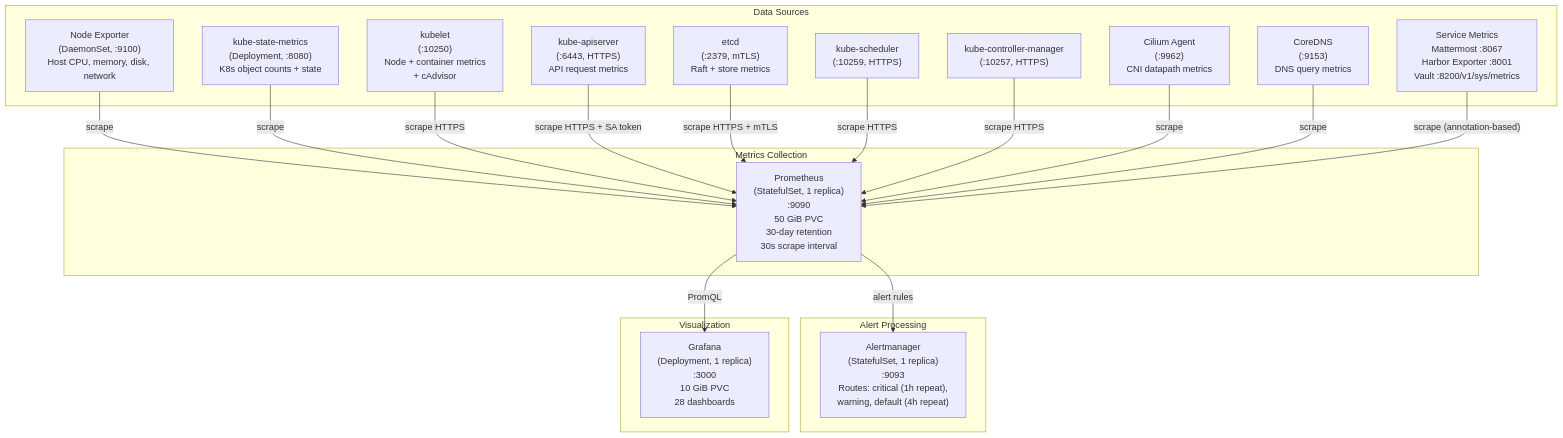
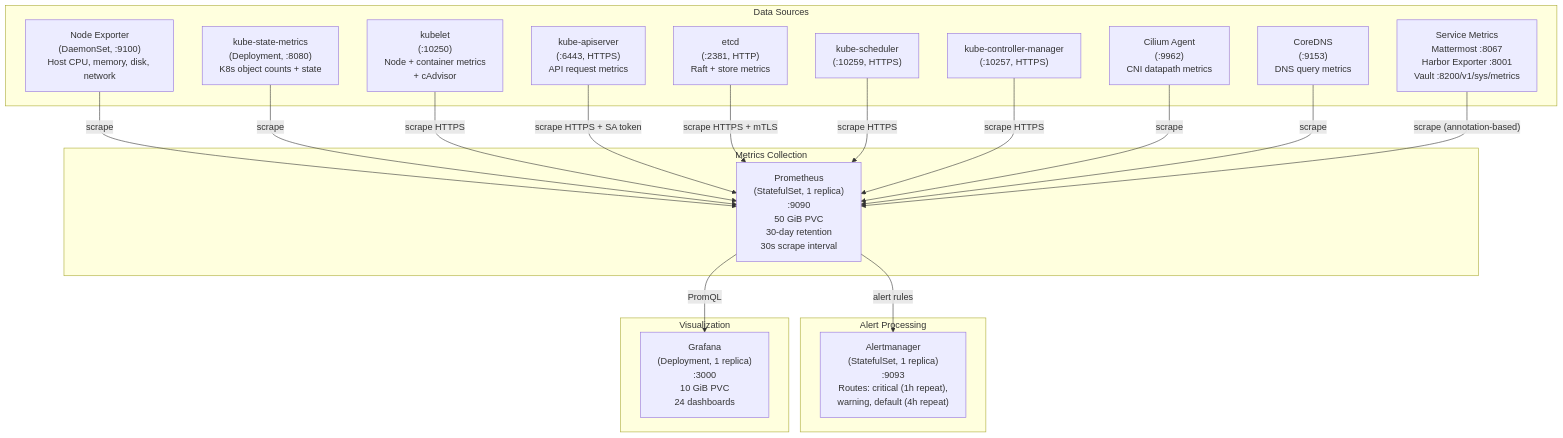
One commit to derhornspieler/harvester-rke2-platform changed diagram 19 of 26 in docs/engineering/system-architecture.md. Above: the diagram before and after it, drawn with Mermaid. The commit also changed other lines of this file and 50 other files, not shown here.

````diff
--- a/docs/engineering/system-architecture.md
+++ b/docs/engineering/system-architecture.md
@@ -946,41 +972,41 @@
 ```mermaid
 graph TD
     subgraph DataSources["Data Sources"]
         NE["Node Exporter<br/>(DaemonSet, :9100)<br/>Host CPU, memory, disk, network"]
         KSM["kube-state-metrics<br/>(Deployment, :8080)<br/>K8s object counts + state"]
         Kubelet["kubelet<br/>(:10250)<br/>Node + container metrics<br/>+ cAdvisor"]
         API["kube-apiserver<br/>(:6443, HTTPS)<br/>API request metrics"]
-        ETCD["etcd<br/>(:2379, mTLS)<br/>Raft + store metrics"]
+        ETCD["etcd<br/>(:2381, HTTP)<br/>Raft + store metrics"]
         Sched["kube-scheduler<br/>(:10259, HTTPS)"]
         KCM["kube-controller-manager<br/>(:10257, HTTPS)"]
         CiliumAg["Cilium Agent<br/>(:9962)<br/>CNI datapath metrics"]
         CoreDNS_m["CoreDNS<br/>(:9153)<br/>DNS query metrics"]
         SvcMetrics["Service Metrics<br/>Mattermost :8067<br/>Harbor Exporter :8001<br/>Vault :8200/v1/sys/metrics"]
     end
 
     subgraph Collection["Metrics Collection"]
         Prom["Prometheus<br/>(StatefulSet, 1 replica)<br/>:9090<br/>50 GiB PVC<br/>30-day retention<br/>30s scrape interval"]
     end
 
     subgraph Alerting["Alert Processing"]
         AM["Alertmanager<br/>(StatefulSet, 1 replica)<br/>:9093<br/>Routes: critical (1h repeat),<br/>warning, default (4h repeat)"]
     end
 
     subgraph Visualization["Visualization"]
-        Grafana["Grafana<br/>(Deployment, 1 replica)<br/>:3000<br/>10 GiB PVC<br/>28 dashboards"]
+        Grafana["Grafana<br/>(Deployment, 1 replica)<br/>:3000<br/>10 GiB PVC<br/>24 dashboards"]
     end
 
     NE -->|"scrape"| Prom
     KSM -->|"scrape"| Prom
     Kubelet -->|"scrape HTTPS"| Prom
     API -->|"scrape HTTPS + SA token"| Prom
     ETCD -->|"scrape HTTPS + mTLS"| Prom
     Sched -->|"scrape HTTPS"| Prom
     KCM -->|"scrape HTTPS"| Prom
     CiliumAg -->|"scrape"| Prom
     CoreDNS_m -->|"scrape"| Prom
     SvcMetrics -->|"scrape (annotation-based)"| Prom
 
     Prom -->|"PromQL"| Grafana
     Prom -->|"alert rules"| AM
 ```
````
